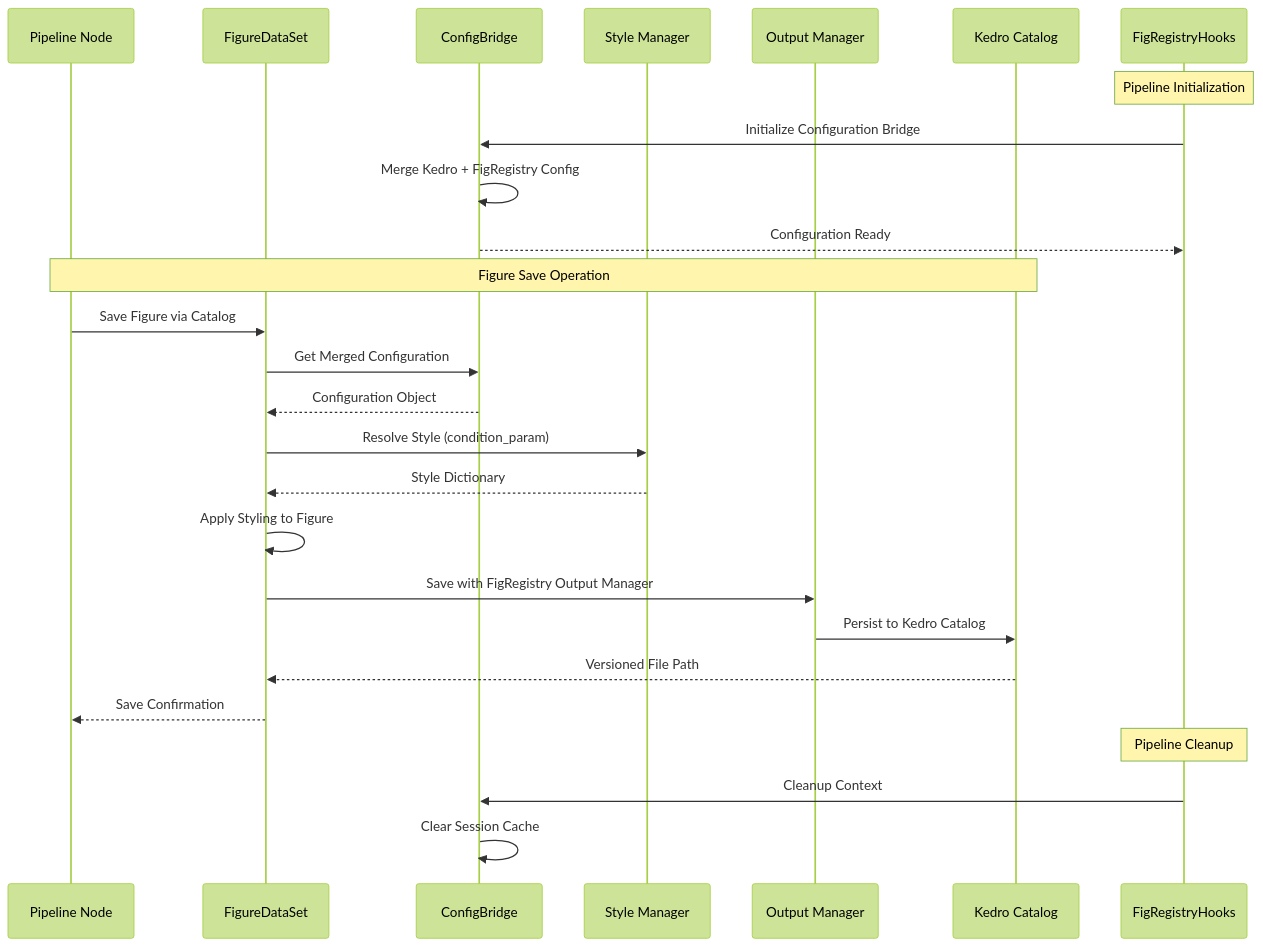
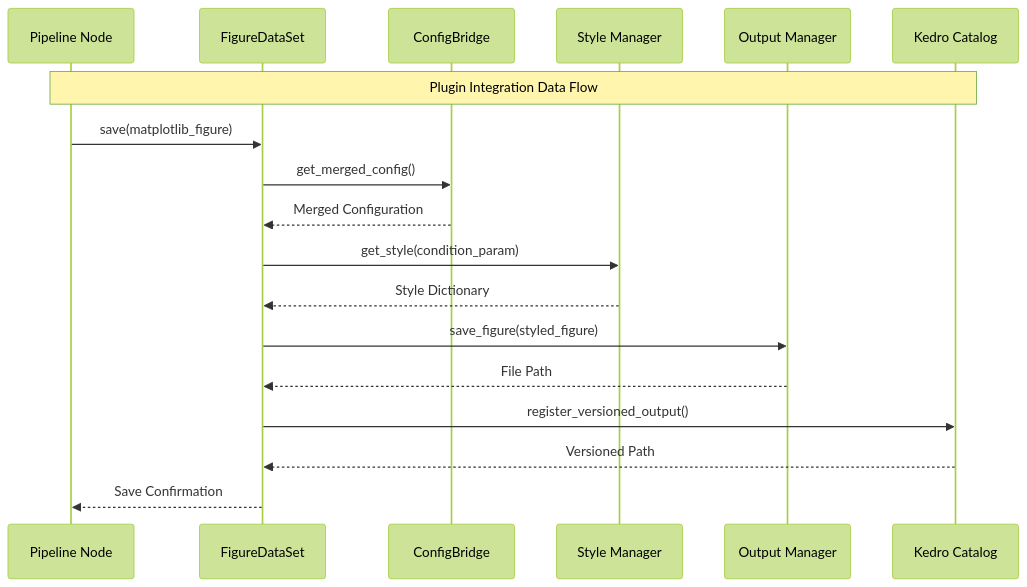
One commit to SamuelBrudner/figregistry changed the second of 2 diagrams in figregistry-kedro/docs/api/index.md. Above: the diagram before and after it, drawn with Mermaid (forest theme). The commit also changed other lines of this file, not shown here.

Commit message:
File: figregistry-kedro/docs/api/index.md

````diff
--- a/figregistry-kedro/docs/api/index.md
+++ b/figregistry-kedro/docs/api/index.md
@@ -212,31 +87,22 @@
 ```mermaid
 sequenceDiagram
-    participant User as Pipeline Node
+    participant U as Pipeline Node
     participant FDS as FigureDataSet
     participant FCB as ConfigBridge
-    participant SM as Style Manager
-    participant OM as Output Manager
+    participant FSM as Style Manager
+    participant FOM as Output Manager
     participant KC as Kedro Catalog
-    participant FRH as FigRegistryHooks
     
-    Note over FRH: Pipeline Initialization
-    FRH->>FCB: Initialize Configuration Bridge
-    FCB->>FCB: Merge Kedro + FigRegistry Config
-    FCB-->>FRH: Configuration Ready
+    Note over U,KC: Plugin Integration Data Flow
     
-    Note over User,KC: Figure Save Operation
-    User->>FDS: Save Figure via Catalog
-    FDS->>FCB: Get Merged Configuration
-    FCB-->>FDS: Configuration Object
-    FDS->>SM: Resolve Style (condition_param)
-    SM-->>FDS: Style Dictionary
-    FDS->>FDS: Apply Styling to Figure
-    FDS->>OM: Save with FigRegistry Output Manager
-    OM->>KC: Persist to Kedro Catalog
-    KC-->>FDS: Versioned File Path
-    FDS-->>User: Save Confirmation
-    
-    Note over FRH: Pipeline Cleanup
-    FRH->>FCB: Cleanup Context
-    FCB->>FCB: Clear Session Cache
+    U->>FDS: save(matplotlib_figure)
+    FDS->>FCB: get_merged_config()
+    FCB-->>FDS: Merged Configuration
+    FDS->>FSM: get_style(condition_param)
+    FSM-->>FDS: Style Dictionary
+    FDS->>FOM: save_figure(styled_figure)
+    FOM-->>FDS: File Path
+    FDS->>KC: register_versioned_output()
+    KC-->>FDS: Versioned Path
+    FDS-->>U: Save Confirmation
 ```
````
